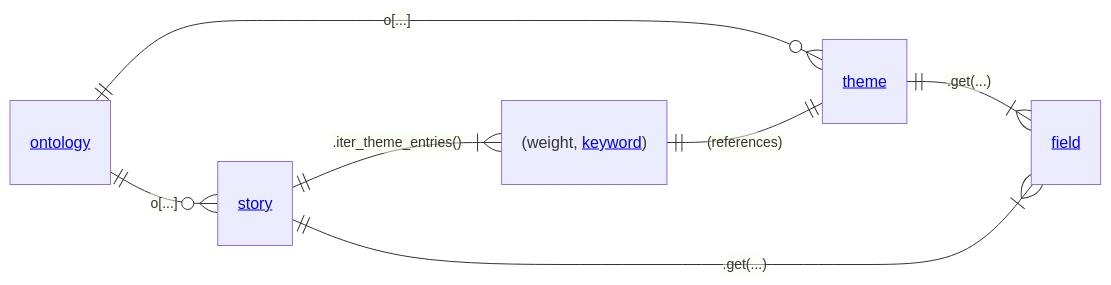
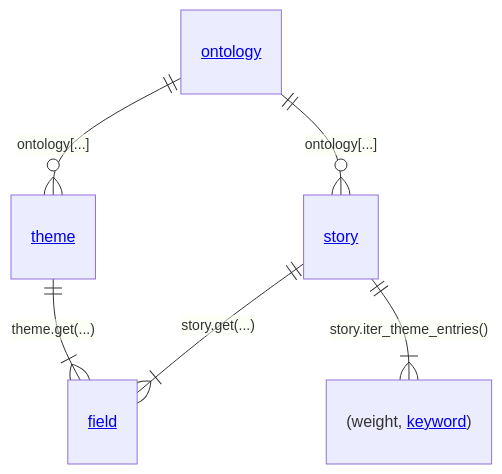
One commit to theme-ontology/python-totolo changed the diagram in README.md. Above: the diagram before and after it, drawn with Mermaid.

````diff
--- a/README.md
+++ b/README.md
@@ -17,10 +17,8 @@
 ```mermaid
 erDiagram
-    direction LR
-    "<A href='https://github.com/theme-ontology/python-totolo/blob/main/totolo/ontology.py'>ontology</A>" ||--o{ "<A href='https://github.com/theme-ontology/python-totolo/blob/main/totolo/story.py'>story</A>" : "o[...]"
-    "<A href='https://github.com/theme-ontology/python-totolo/blob/main/totolo/ontology.py'>ontology</A>" ||--o{ "<A href='https://github.com/theme-ontology/python-totolo/blob/main/totolo/theme.py'>theme</A>" : "o[...]"
-    "<A href='https://github.com/theme-ontology/python-totolo/blob/main/totolo/theme.py'>theme</A>" ||--|{ "<A href='https://github.com/theme-ontology/python-totolo/blob/main/totolo/field.py'>field</A>" : ".get(...)"
-    "<A href='https://github.com/theme-ontology/python-totolo/blob/main/totolo/story.py'>story</A>" ||--|{ "<A href='https://github.com/theme-ontology/python-totolo/blob/main/totolo/field.py'>field</A>" : ".get(...)"
-    "<A href='https://github.com/theme-ontology/python-totolo/blob/main/totolo/story.py'>story</A>" ||--|{ "(weight, <A href='https://github.com/theme-ontology/python-totolo/blob/main/totolo/keyword.py'>keyword</A>)" : ".iter_theme_entries()"
-    "(weight, <A href='https://github.com/theme-ontology/python-totolo/blob/main/totolo/keyword.py'>keyword</A>)" ||--|| "<A href='https://github.com/theme-ontology/python-totolo/blob/main/totolo/theme.py'>theme</A>" : "(references)"
+    "<A href='https://github.com/theme-ontology/python-totolo/blob/main/totolo/ontology.py'>ontology</A>" ||--o{ "<A href='https://github.com/theme-ontology/python-totolo/blob/main/totolo/story.py'>story</A>" : "ontology[...]"
+    "<A href='https://github.com/theme-ontology/python-totolo/blob/main/totolo/ontology.py'>ontology</A>" ||--o{ "<A href='https://github.com/theme-ontology/python-totolo/blob/main/totolo/theme.py'>theme</A>" : "ontology[...]"
+    "<A href='https://github.com/theme-ontology/python-totolo/blob/main/totolo/theme.py'>theme</A>" ||--|{ "<A href='https://github.com/theme-ontology/python-totolo/blob/main/totolo/field.py'>field</A>" : "theme.get(...)"
+    "<A href='https://github.com/theme-ontology/python-totolo/blob/main/totolo/story.py'>story</A>" ||--|{ "<A href='https://github.com/theme-ontology/python-totolo/blob/main/totolo/field.py'>field</A>" : "story.get(...)"
+    "<A href='https://github.com/theme-ontology/python-totolo/blob/main/totolo/story.py'>story</A>" ||--|{ "(weight, <A href='https://github.com/theme-ontology/python-totolo/blob/main/totolo/keyword.py'>keyword</A>)" : "story.iter_theme_entries()"
 ```
````
